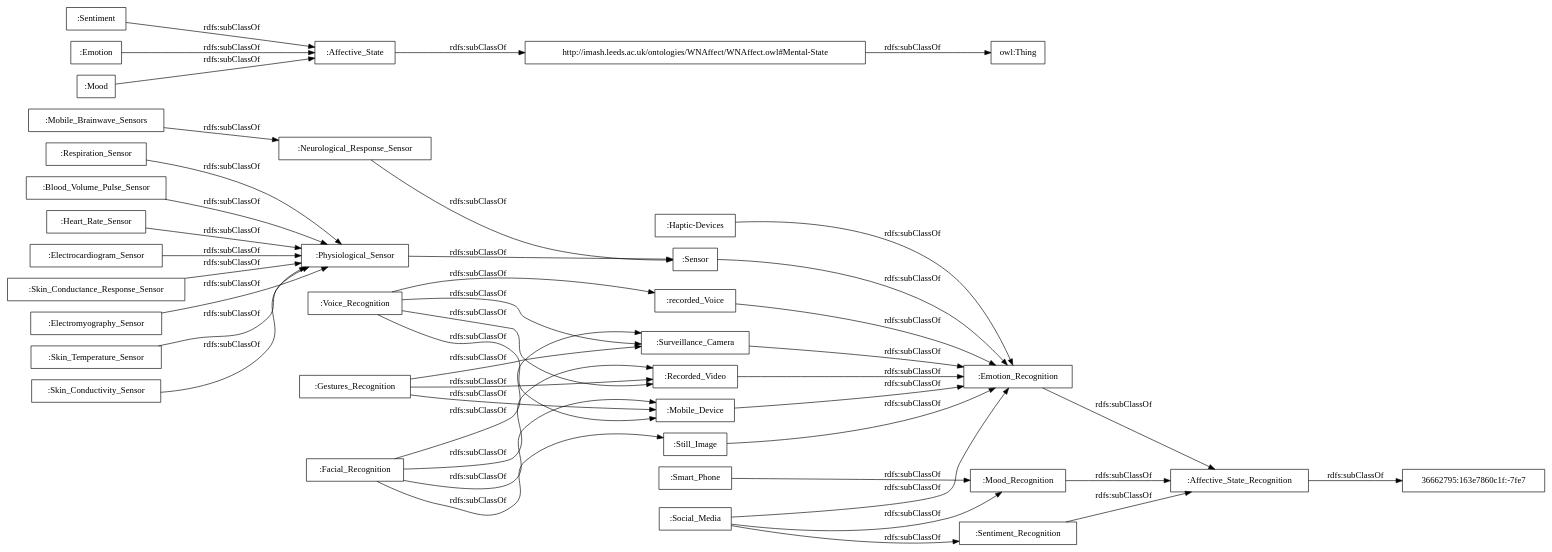
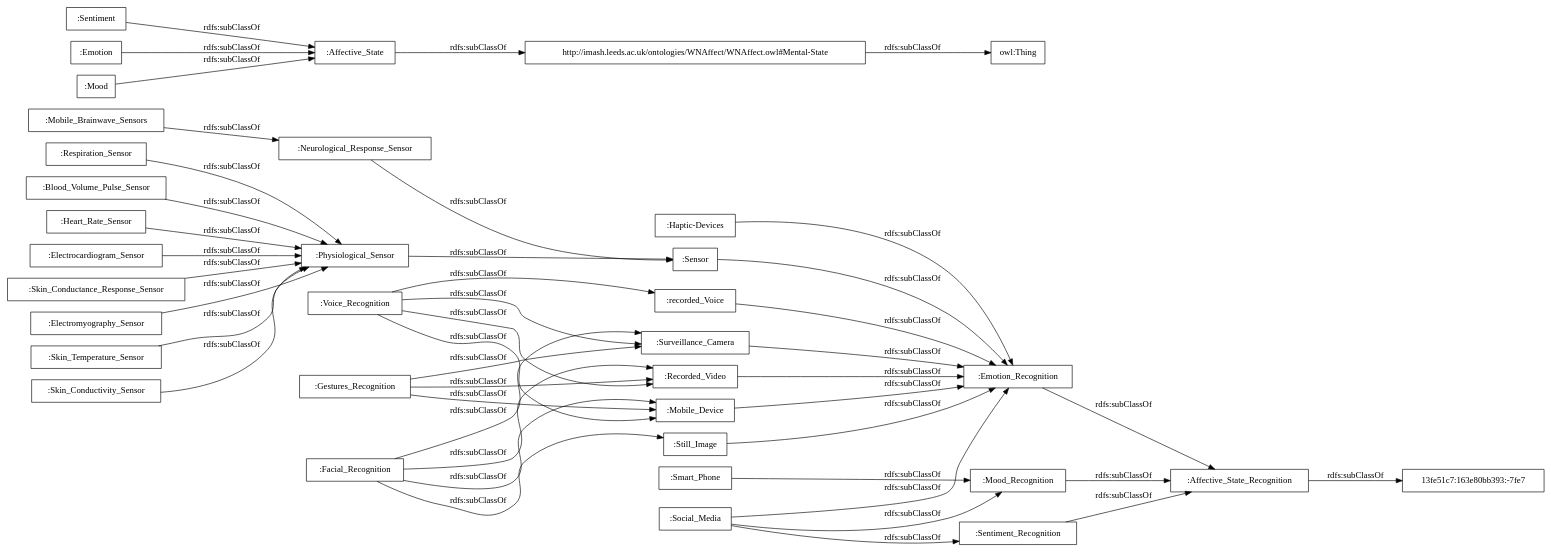
Before and after one commit to rana-othman/HASIO-Modularization: the diagram in OnToology/Affective_States_Recognition_Module.owl/diagrams/ar2dtool-taxonomy/Affective_States_Recognition_Module.owl.png.dot, drawn with Graphviz. The commit also changed 43 other files, not shown here.

```diff
--- a/OnToology/Affective_States_Recognition_Module.owl/diagrams/ar2dtool-taxonomy/Affective_States_Recognition_Module.owl.png.dot
+++ b/OnToology/Affective_States_Recognition_Module.owl/diagrams/ar2dtool-taxonomy/Affective_States_Recognition_Module.owl.png.dot
@@ -1,48 +1,48 @@
 digraph ar2dtool_diagram { 
 rankdir=LR;
 size="1000"
-node [shape = rectangle, color="black"]; ":Mobile_Device" ":Voice_Recognition" ":Sentiment" ":Heart_Rate_Sensor" ":Neurological_Response_Sensor" ":Haptic-Devices" ":Electrocardiogram_Sensor" ":Still_Image" ":Sensor" ":Emotion" ":Skin_Conductance_Response_Sensor" ":Mood" ":Mobile_Brainwave_Sensors" ":Affective_State" ":recorded_Voice" ":Electromyography_Sensor" "36662795:163e7860c1f:-7fe7" ":Physiological_Sensor" ":Emotion_Recognition" ":Skin_Temperature_Sensor" ":Facial_Recognition" ":Skin_Conductivity_Sensor" ":Recorded_Video" ":Surveillance_Camera" ":Gestures_Recognition" "http://imash.leeds.ac.uk/ontologies/WNAffect/WNAffect.owl#Mental-State" ":Mood_Recognition" ":Smart_Phone" ":Sentiment_Recognition" ":Social_Media" ":Respiration_Sensor" ":Blood_Volume_Pulse_Sensor" ":Affective_State_Recognition" ; /*classes style*/
+node [shape = rectangle, color="black"]; ":Mobile_Device" ":Voice_Recognition" ":Sentiment" ":Heart_Rate_Sensor" ":Neurological_Response_Sensor" ":Haptic-Devices" ":Electrocardiogram_Sensor" ":Still_Image" ":Sensor" ":Emotion" ":Skin_Conductance_Response_Sensor" ":Mood" ":Mobile_Brainwave_Sensors" ":Affective_State" ":recorded_Voice" ":Electromyography_Sensor" ":Physiological_Sensor" ":Emotion_Recognition" ":Skin_Temperature_Sensor" "13fe51c7:163e80bb393:-7fe7" ":Facial_Recognition" ":Skin_Conductivity_Sensor" ":Recorded_Video" ":Surveillance_Camera" ":Gestures_Recognition" "http://imash.leeds.ac.uk/ontologies/WNAffect/WNAffect.owl#Mental-State" ":Mood_Recognition" ":Smart_Phone" ":Sentiment_Recognition" ":Social_Media" ":Respiration_Sensor" ":Blood_Volume_Pulse_Sensor" ":Affective_State_Recognition" ; /*classes style*/
 	":Emotion_Recognition" -> ":Affective_State_Recognition" [ label = "rdfs:subClassOf" ];
 	":Voice_Recognition" -> ":recorded_Voice" [ label = "rdfs:subClassOf" ];
 	":Voice_Recognition" -> ":Surveillance_Camera" [ label = "rdfs:subClassOf" ];
 	":Voice_Recognition" -> ":Recorded_Video" [ label = "rdfs:subClassOf" ];
 	":Voice_Recognition" -> ":Mobile_Device" [ label = "rdfs:subClassOf" ];
 	":Skin_Conductance_Response_Sensor" -> ":Physiological_Sensor" [ label = "rdfs:subClassOf" ];
 	":Smart_Phone" -> ":Mood_Recognition" [ label = "rdfs:subClassOf" ];
 	":Electromyography_Sensor" -> ":Physiological_Sensor" [ label = "rdfs:subClassOf" ];
 	":recorded_Voice" -> ":Emotion_Recognition" [ label = "rdfs:subClassOf" ];
 	":Emotion" -> ":Affective_State" [ label = "rdfs:subClassOf" ];
 	":Skin_Conductivity_Sensor" -> ":Physiological_Sensor" [ label = "rdfs:subClassOf" ];
 	"http://imash.leeds.ac.uk/ontologies/WNAffect/WNAffect.owl#Mental-State" -> "owl:Thing" [ label = "rdfs:subClassOf" ];
 	":Facial_Recognition" -> ":Surveillance_Camera" [ label = "rdfs:subClassOf" ];
 	":Facial_Recognition" -> ":Still_Image" [ label = "rdfs:subClassOf" ];
 	":Facial_Recognition" -> ":Recorded_Video" [ label = "rdfs:subClassOf" ];
 	":Facial_Recognition" -> ":Mobile_Device" [ label = "rdfs:subClassOf" ];
 	":Skin_Temperature_Sensor" -> ":Physiological_Sensor" [ label = "rdfs:subClassOf" ];
 	":Sentiment" -> ":Affective_State" [ label = "rdfs:subClassOf" ];
 	":Mood_Recognition" -> ":Affective_State_Recognition" [ label = "rdfs:subClassOf" ];
 	":Neurological_Response_Sensor" -> ":Sensor" [ label = "rdfs:subClassOf" ];
 	":Affective_State" -> "http://imash.leeds.ac.uk/ontologies/WNAffect/WNAffect.owl#Mental-State" [ label = "rdfs:subClassOf" ];
 	":Mobile_Brainwave_Sensors" -> ":Neurological_Response_Sensor" [ label = "rdfs:subClassOf" ];
 	":Still_Image" -> ":Emotion_Recognition" [ label = "rdfs:subClassOf" ];
-	":Affective_State_Recognition" -> "36662795:163e7860c1f:-7fe7" [ label = "rdfs:subClassOf" ];
+	":Affective_State_Recognition" -> "13fe51c7:163e80bb393:-7fe7" [ label = "rdfs:subClassOf" ];
 	":Recorded_Video" -> ":Emotion_Recognition" [ label = "rdfs:subClassOf" ];
 	":Sentiment_Recognition" -> ":Affective_State_Recognition" [ label = "rdfs:subClassOf" ];
 	":Blood_Volume_Pulse_Sensor" -> ":Physiological_Sensor" [ label = "rdfs:subClassOf" ];
 	":Gestures_Recognition" -> ":Surveillance_Camera" [ label = "rdfs:subClassOf" ];
 	":Gestures_Recognition" -> ":Recorded_Video" [ label = "rdfs:subClassOf" ];
 	":Gestures_Recognition" -> ":Mobile_Device" [ label = "rdfs:subClassOf" ];
 	":Surveillance_Camera" -> ":Emotion_Recognition" [ label = "rdfs:subClassOf" ];
 	":Mobile_Device" -> ":Emotion_Recognition" [ label = "rdfs:subClassOf" ];
 	":Haptic-Devices" -> ":Emotion_Recognition" [ label = "rdfs:subClassOf" ];
 	":Physiological_Sensor" -> ":Sensor" [ label = "rdfs:subClassOf" ];
 	":Electrocardiogram_Sensor" -> ":Physiological_Sensor" [ label = "rdfs:subClassOf" ];
 	":Sensor" -> ":Emotion_Recognition" [ label = "rdfs:subClassOf" ];
 	":Mood" -> ":Affective_State" [ label = "rdfs:subClassOf" ];
 	":Heart_Rate_Sensor" -> ":Physiological_Sensor" [ label = "rdfs:subClassOf" ];
 	":Respiration_Sensor" -> ":Physiological_Sensor" [ label = "rdfs:subClassOf" ];
 	":Social_Media" -> ":Sentiment_Recognition" [ label = "rdfs:subClassOf" ];
 	":Social_Media" -> ":Mood_Recognition" [ label = "rdfs:subClassOf" ];
 	":Social_Media" -> ":Emotion_Recognition" [ label = "rdfs:subClassOf" ];
 
 }
```
